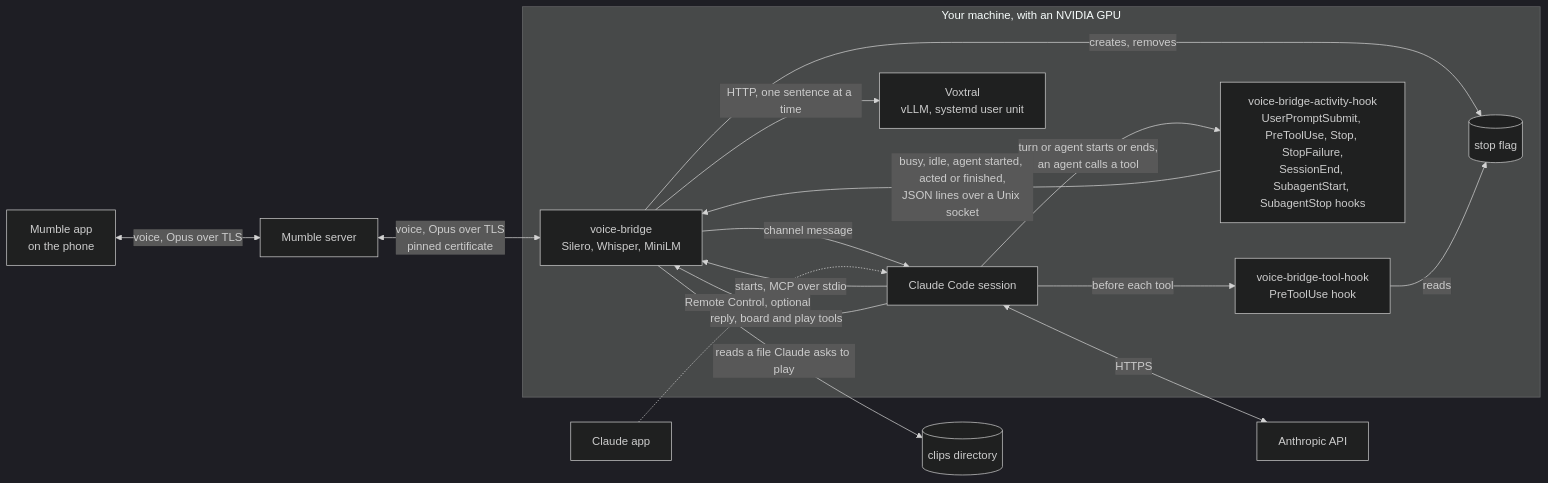
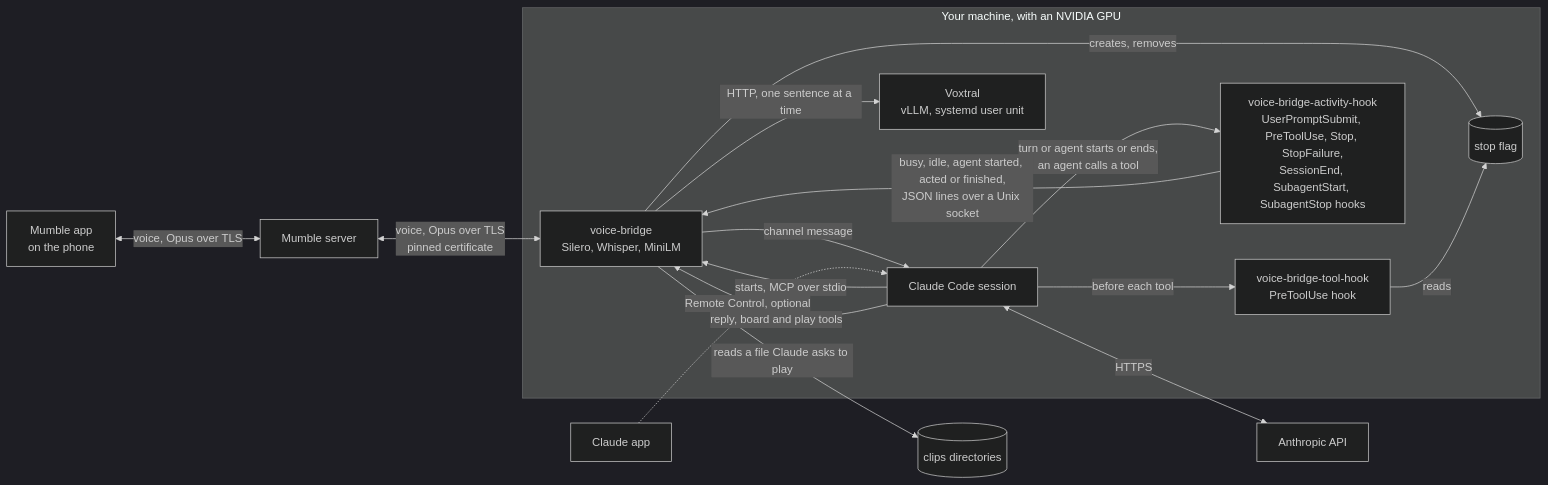
Before and after one commit to marc-gavanier/voice-bridge: the first of 3 diagrams in README.md, drawn with Mermaid (dark theme). The commit also changed other lines of this file and 24 other files, not shown here.

First line of the commit message:
feat: let play read clips from several directories

````diff
--- a/README.md
+++ b/README.md
@@ -7,28 +7,28 @@
 ```mermaid
 flowchart LR
     phone["Mumble app<br/>on the phone"]
     server["Mumble server"]
     subgraph machine["Your machine, with an NVIDIA GPU"]
         claude["Claude Code session"]
         bridge["voice-bridge<br/>Silero, Whisper, MiniLM"]
         voxtral["Voxtral<br/>vLLM, systemd user unit"]
         hook["voice-bridge-tool-hook<br/>PreToolUse hook"]
         flag[("stop flag")]
         activity["voice-bridge-activity-hook<br/>UserPromptSubmit, PreToolUse, Stop, StopFailure,<br/>SessionEnd, SubagentStart, SubagentStop hooks"]
     end
     api["Anthropic API"]
     app["Claude app"]
 
     phone <-->|"voice, Opus over TLS"| server
     server <-->|"voice, Opus over TLS<br/>pinned certificate"| bridge
     claude -->|"starts, MCP over stdio"| bridge
     bridge -->|"channel message"| claude
     claude -->|"reply, board and play tools"| bridge
-    bridge -->|"reads a file Claude asks to play"| clips[("clips directory")]
+    bridge -->|"reads a file Claude asks to play"| clips[("clips directories")]
     bridge -->|"creates, removes"| flag
     claude -->|"before each tool"| hook -->|"reads"| flag
     claude -->|"turn or agent starts or ends,<br/>an agent calls a tool"| activity -->|"busy, idle, agent started, acted or finished,<br/>JSON lines over a Unix socket"| bridge
     bridge -->|"HTTP, one sentence at a time"| voxtral
     claude <-->|"HTTPS"| api
     app -.->|"Remote Control, optional"| claude
 ```
````
